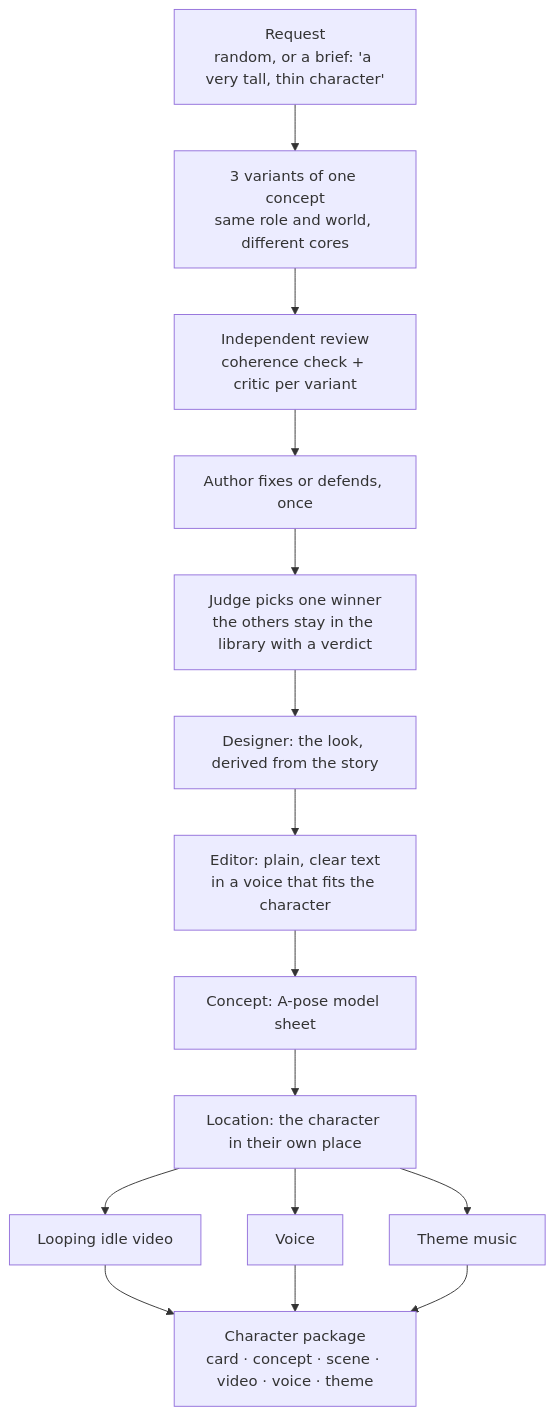
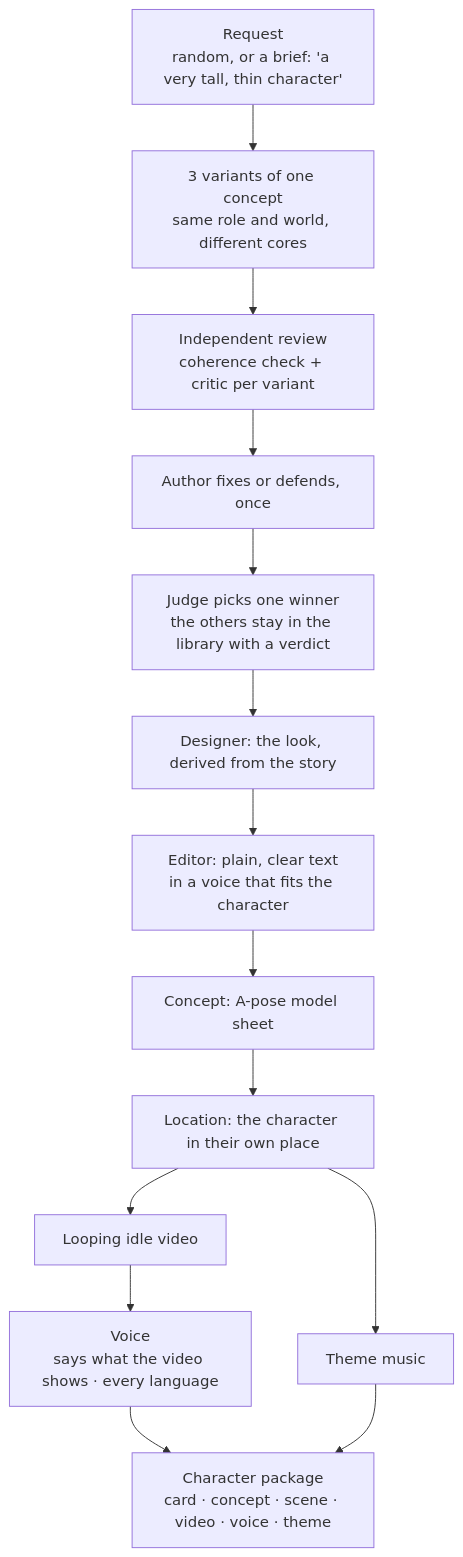
One commit to gdhub-io/character-forge-mcp changed the diagram in README.md. Above: the diagram before and after it, drawn with Mermaid. The commit also changed other lines of this file and 48 other files, not shown here.

````diff
--- a/README.md
+++ b/README.md
@@ -15,13 +15,15 @@
 ```mermaid
 flowchart TD
     REQ["Request<br/>random, or a brief: 'a very tall, thin character'"] --> V["3 variants of one concept<br/>same role and world, different cores"]
     V --> R["Independent review<br/>coherence check + critic per variant"]
     R --> F["Author fixes or defends, once"]
     F --> J["Judge picks one winner<br/>the others stay in the library with a verdict"]
     J --> D["Designer: the look, derived from the story"]
     D --> E["Editor: plain, clear text<br/>in a voice that fits the character"]
     E --> C["Concept: A-pose model sheet"]
     C --> S["Location: the character in their own place"]
-    S --> VID["Looping idle video"] & VO["Voice"] & M["Theme music"]
-    VID & VO & M --> P["Character package<br/>card · concept · scene · video · voice · theme"]
+    S --> VID["Looping idle video"]
+    VID --> VO["Voice<br/>says what the video shows · every language"]
+    S --> M["Theme music"]
+    VO & M --> P["Character package<br/>card · concept · scene · video · voice · theme"]
 ```
````
